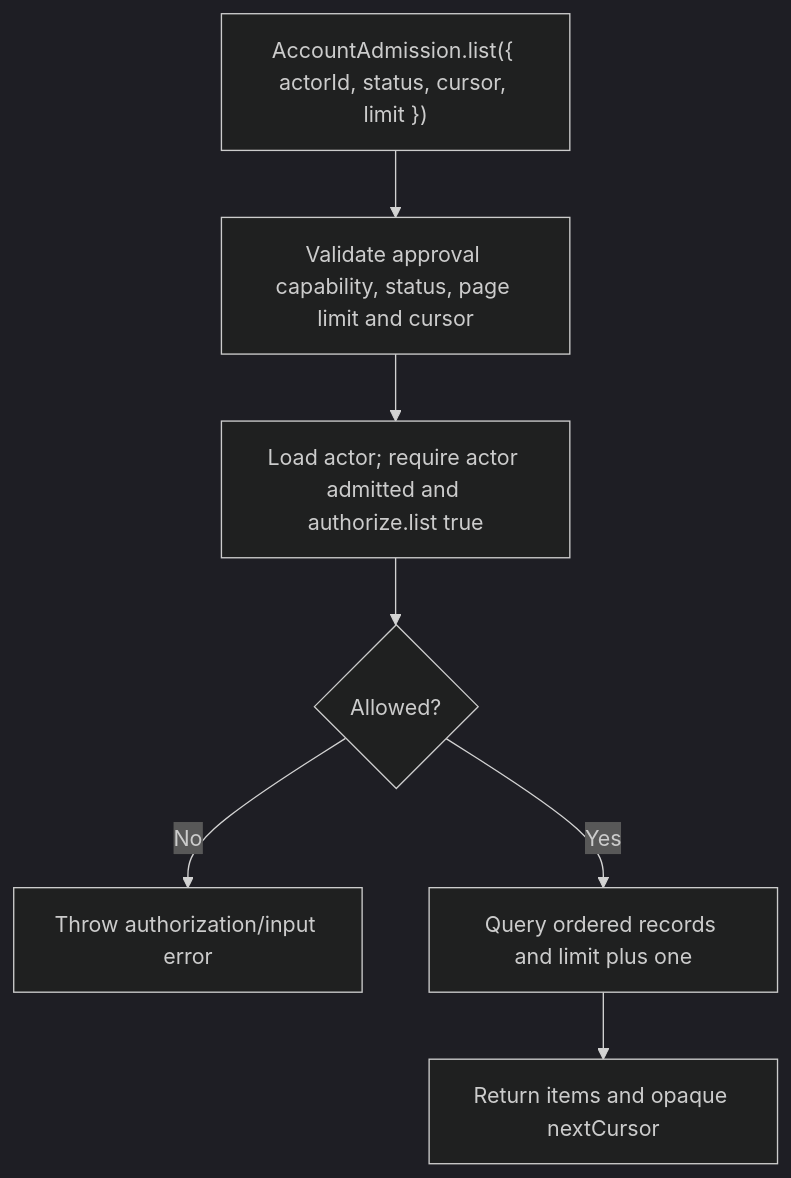
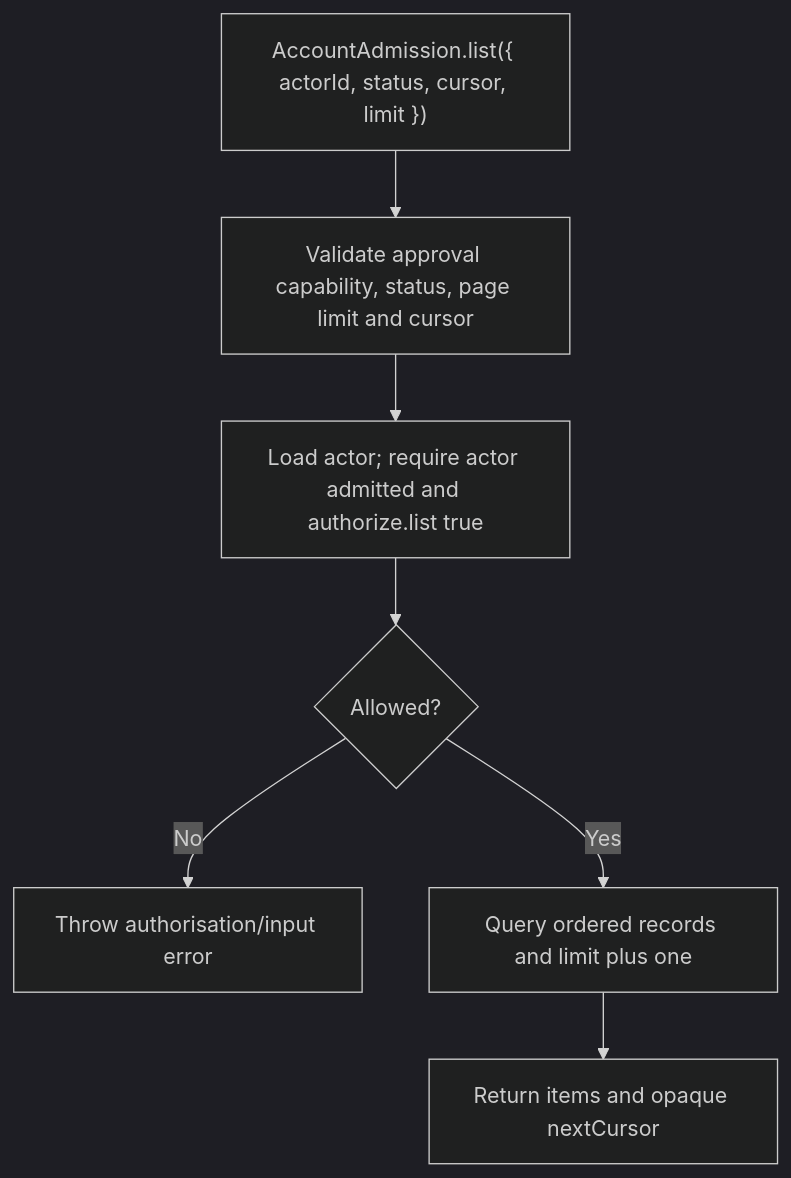
The second of 2 diagrams in user-stories/US-ACCOUNT-45-list-admission-records.md (Kevinjohn/oss-adonisjs-account-kit), drawn with Mermaid (dark theme) before and after one commit. The commit also changed other lines of this file and 93 other files, not shown here.

````diff
--- a/user-stories/US-ACCOUNT-45-list-admission-records.md
+++ b/user-stories/US-ACCOUNT-45-list-admission-records.md
@@ -33,9 +33,9 @@
 ```mermaid
 flowchart TD
  A["AccountAdmission.list({ actorId, status, cursor, limit })"] --> B["Validate approval capability, status, page limit and cursor"]
  B --> C["Load actor; require actor admitted and authorize.list true"]
  C --> D{"Allowed?"}
- D -->|No| E["Throw authorization/input error"]
+ D -->|No| E["Throw authorisation/input error"]
  D -->|Yes| F["Query ordered records and limit plus one"]
  F --> G["Return items and opaque nextCursor"]
 ```
````
